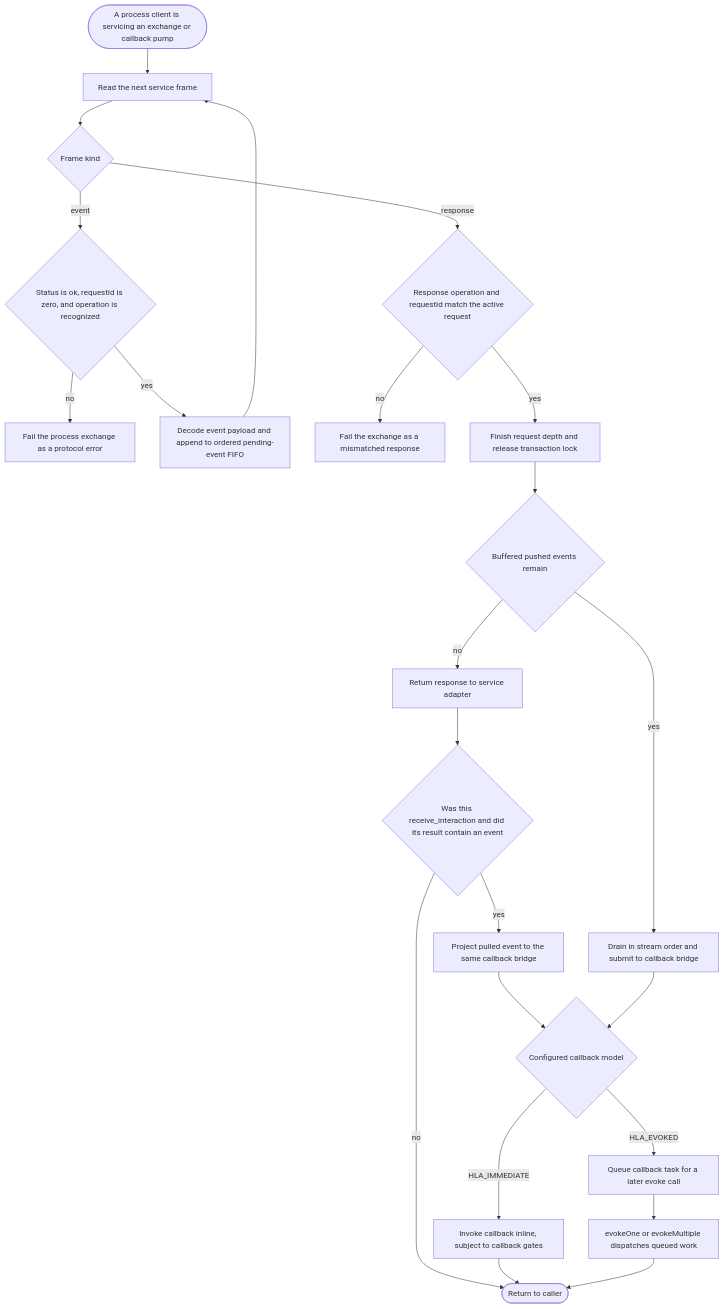
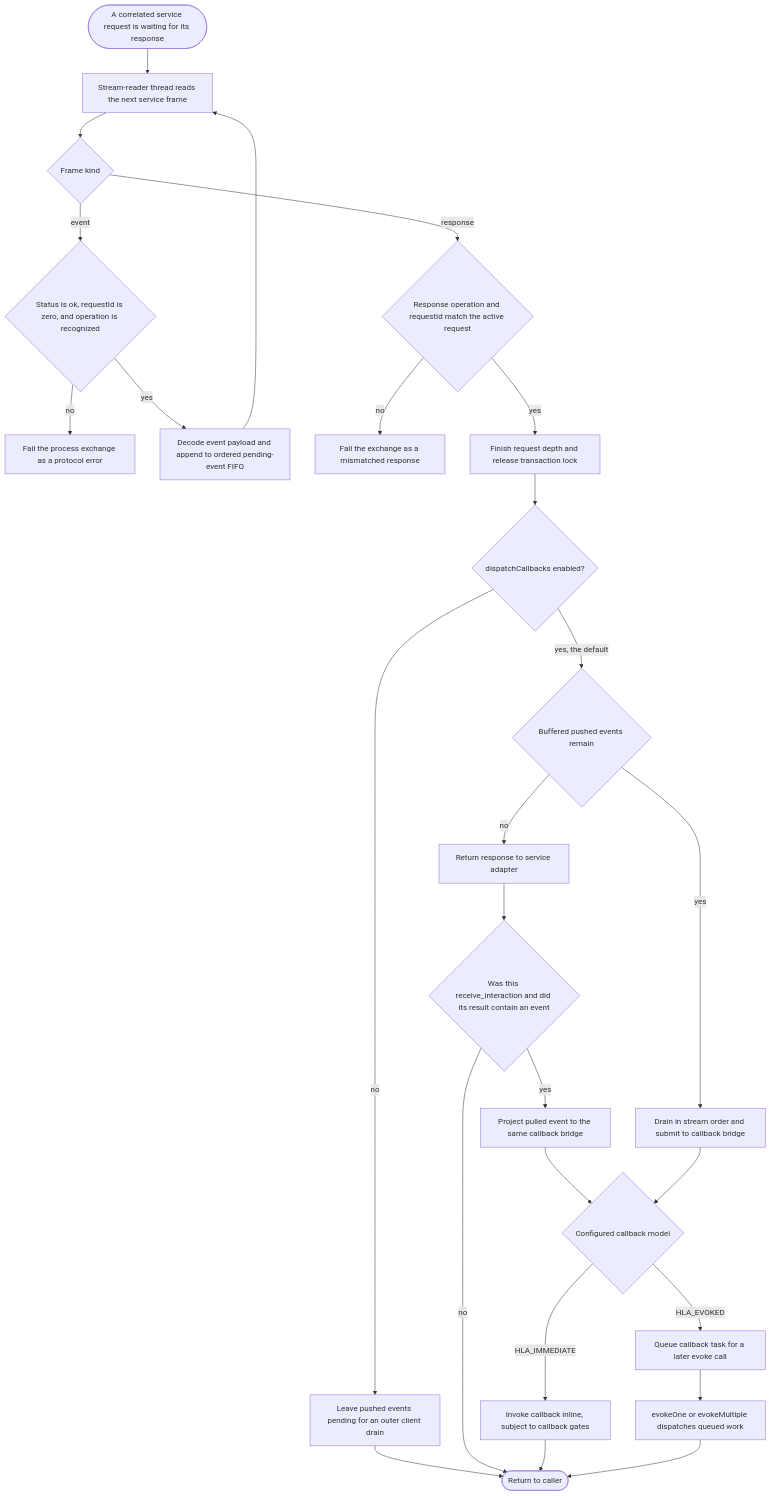
Before and after one commit to sheepfling/umbra: the eighth of 11 diagrams in docs/design/HLA-2025-PROCESS-ENDPOINT-REQUEST-AND-CALLBACK-FLOW-GUIDE.md, drawn with Mermaid. The commit also changed other lines of this file and 822 other files, not shown here.

````diff
--- a/docs/design/HLA-2025-PROCESS-ENDPOINT-REQUEST-AND-CALLBACK-FLOW-GUIDE.md
+++ b/docs/design/HLA-2025-PROCESS-ENDPOINT-REQUEST-AND-CALLBACK-FLOW-GUIDE.md
@@ -91,25 +318,28 @@
 ```mermaid
 flowchart TD
-    start([A process client is servicing an exchange or callback pump]) --> read[Read the next service frame]
+    start([A correlated service request is waiting for its response]) --> read[Stream-reader thread reads the next service frame]
     read --> kind{Frame kind}
     kind -->|event| valid{Status is ok, requestId is zero, and operation is recognized}
     valid -->|no| protocol[Fail the process exchange as a protocol error]
     valid -->|yes| decode[Decode event payload and append to ordered pending-event FIFO]
     decode --> read
     kind -->|response| match{Response operation and requestId match the active request}
     match -->|no| mismatch[Fail the exchange as a mismatched response]
     match -->|yes| unlock[Finish request depth and release transaction lock]
-    unlock --> pending{Buffered pushed events remain}
+    unlock --> dispatch{dispatchCallbacks enabled?}
+    dispatch -->|yes, the default| pending{Buffered pushed events remain}
+    dispatch -->|no| retained[Leave pushed events pending for an outer client drain]
+    retained --> done([Return to caller])
     pending -->|yes| submit[Drain in stream order and submit to callback bridge]
     pending -->|no| adapter[Return response to service adapter]
     adapter --> pulled{Was this receive_interaction and did its result contain an event}
     pulled -->|yes| project[Project pulled event to the same callback bridge]
     pulled -->|no| done([Return to caller])
     project --> model{Configured callback model}
     submit --> model
     model -->|HLA_IMMEDIATE| inline[Invoke callback inline, subject to callback gates]
     model -->|HLA_EVOKED| queue[Queue callback task for a later evoke call]
     queue --> evoke[evokeOne or evokeMultiple dispatches queued work]
     inline --> done
     evoke --> done
 ```
````
